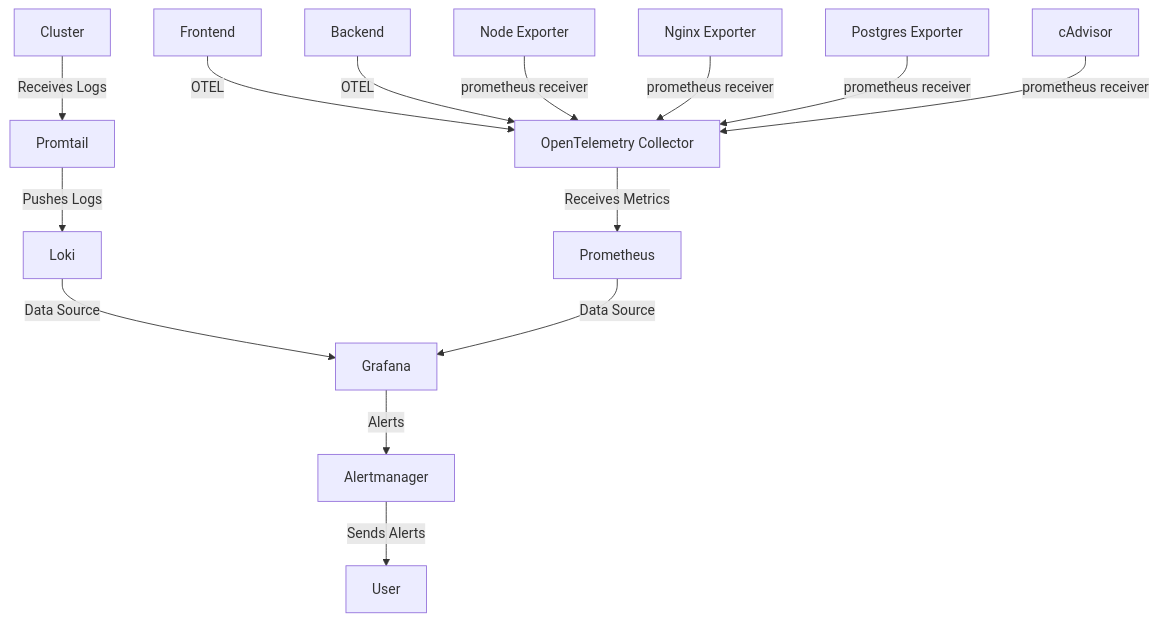
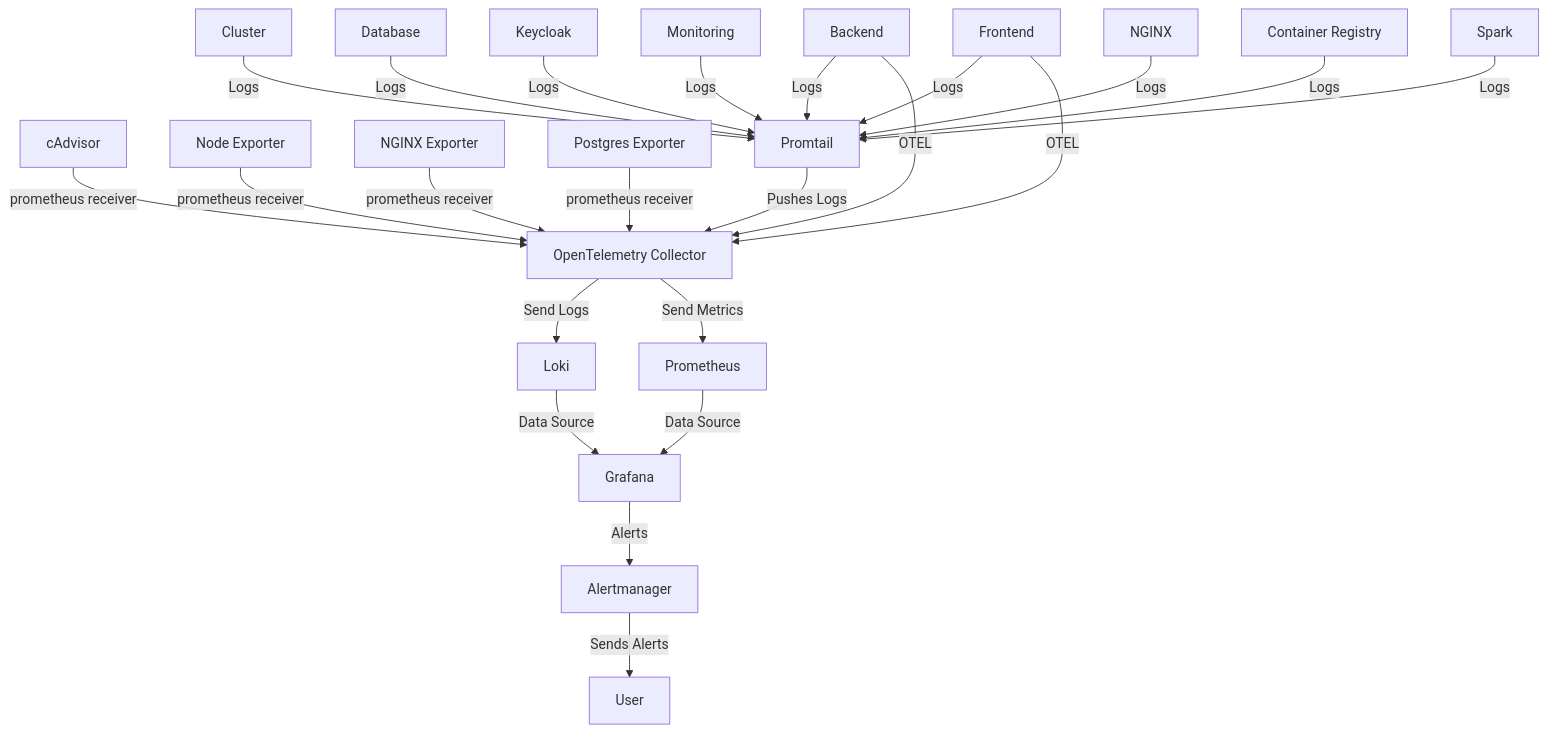
One commit to danialmd81/Code-Star-Project changed the seventh of 8 diagrams in diagrams/services-diageam.md. Above: the diagram before and after it, drawn with Mermaid. The commit also changed 3 other files, not shown here.

Commit message:
refactor: Update monitoring configurations and enhance observability diagrams

````diff
--- a/diagrams/services-diageam.md
+++ b/diagrams/services-diageam.md
@@ -154,38 +154,55 @@
 ```mermaid
 graph TD
 %% Monitoring & Observability
+cadvisor[cAdvisor]
+nodeexporter[Node Exporter]
+nginxexporter[NGINX Exporter]
+postgresexporter[Postgres Exporter]
+
+cluster[Cluster]
+backend[Backend]
+database[Database]
+frontend[Frontend]
+keycloak[Keycloak]
+monitoring[Monitoring]
+nginx[NGINX]
+registry[Container Registry]
+spark[Spark]
+promtail[Promtail]
+
 otelcollector[OpenTelemetry Collector]
+
 prometheus[Prometheus]
 loki[Loki]
-promtail[Promtail]
+
 grafana[Grafana]
 alertmanager[Alertmanager]
-cadvisor[cAdvisor]
-nodeexporter[Node Exporter]
-nginxexporter[Nginx Exporter]
-postgresexporter[Postgres Exporter]
-frontend[Frontend]
-backend[Backend]
-cluster[Cluster]
 
+%% Log Flow
+cluster -->|Logs| promtail
+backend --> |Logs| promtail
+database --> |Logs| promtail
+frontend -->|Logs| promtail
+keycloak --> |Logs| promtail
+monitoring --> |Logs| promtail
+nginx --> |Logs| promtail
+registry --> |Logs| promtail
+spark --> |Logs| promtail
+promtail -->|Pushes Logs| otelcollector
+otelcollector -->|Send Logs| loki
 
-%% Monitoring Targets from config.yaml
-otelcollector -->|Receives Metrics| prometheus
-cluster -->|Receives Logs| promtail
-
-promtail -->|Pushes Logs| loki
-loki -->|Data Source| grafana
-prometheus -->|Data Source| grafana
-grafana -->|Alerts| alertmanager
-
-%% Connections to Monitoring
+%% Metric Flow
 frontend --> |OTEL| otelcollector
 backend --> |OTEL| otelcollector
 nodeexporter -->|prometheus receiver| otelcollector
 nginxexporter -->|prometheus receiver| otelcollector
 postgresexporter -->|prometheus receiver| otelcollector
 cadvisor -->|prometheus receiver| otelcollector
+otelcollector -->|Send Metrics| prometheus
 
+loki -->|Data Source| grafana
+prometheus -->|Data Source| grafana
+grafana -->|Alerts| alertmanager
 %% Alerting
 alertmanager -->|Sends Alerts| user[User]
 ```
````
